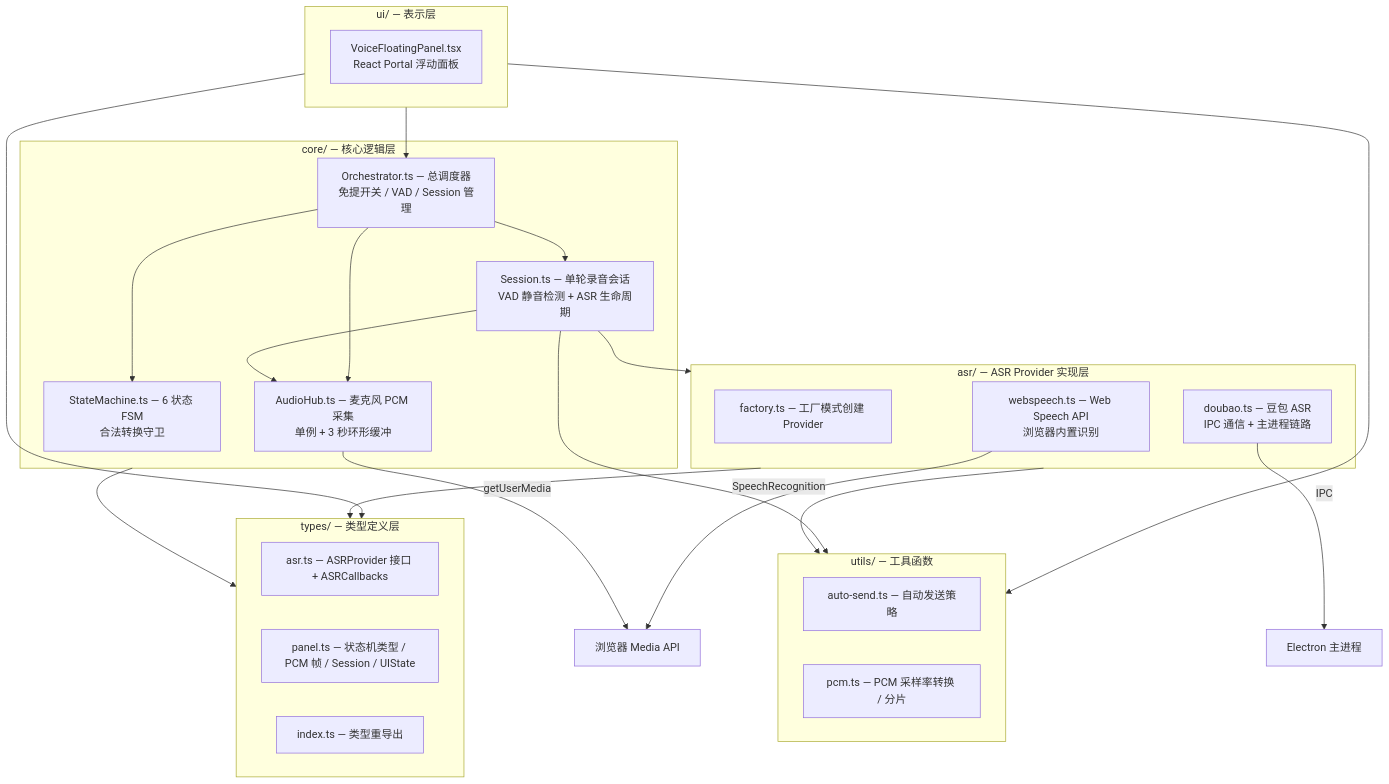
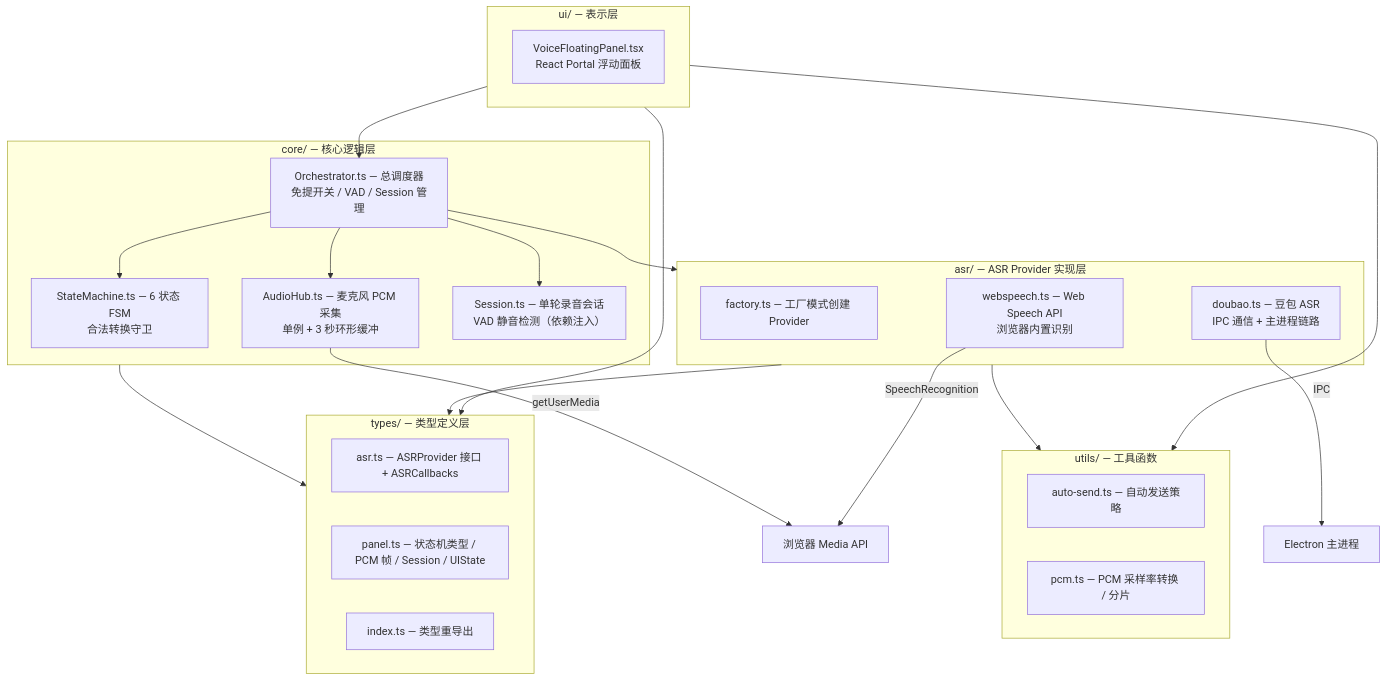
Before and after one commit to yjzaaa/porma_v1: the first of 5 diagrams in apps/electron/src/renderer/components/voice-dictation/CLAUDE.md, drawn with Mermaid. The commit also changed other lines of this file and 2 other files, not shown here.

First line of the commit message:
refactor(voice-dictation): 拆分 Session 对 AudioHub 和 asr/factory 的依赖

````diff
--- a/apps/electron/src/renderer/components/voice-dictation/CLAUDE.md
+++ b/apps/electron/src/renderer/components/voice-dictation/CLAUDE.md
@@ -7,49 +7,47 @@
 ```mermaid
 flowchart TB
     subgraph types["types/ — 类型定义层"]
         asr_t["asr.ts — ASRProvider 接口 + ASRCallbacks"]
         panel_t["panel.ts — 状态机类型 / PCM 帧 / Session / UIState"]
         idx_t["index.ts — 类型重导出"]
     end
 
     subgraph asr["asr/ — ASR Provider 实现层"]
         factory["factory.ts — 工厂模式创建 Provider"]
         webspeech["webspeech.ts — Web Speech API<br/>浏览器内置识别"]
         doubao["doubao.ts — 豆包 ASR<br/>IPC 通信 + 主进程链路"]
     end
 
     subgraph core["core/ — 核心逻辑层"]
         sm["StateMachine.ts — 6 状态 FSM<br/>合法转换守卫"]
         hub["AudioHub.ts — 麦克风 PCM 采集<br/>单例 + 3 秒环形缓冲"]
-        session["Session.ts — 单轮录音会话<br/>VAD 静音检测 + ASR 生命周期"]
+        session["Session.ts — 单轮录音会话<br/>VAD 静音检测（依赖注入）"]
         orch["Orchestrator.ts — 总调度器<br/>免提开关 / VAD / Session 管理"]
     end
 
     subgraph ui["ui/ — 表示层"]
         panel["VoiceFloatingPanel.tsx<br/>React Portal 浮动面板"]
     end
 
     subgraph utils["utils/ — 工具函数"]
         auto["auto-send.ts — 自动发送策略"]
         pcm["pcm.ts — PCM 采样率转换 / 分片"]
     end
 
     %% 依赖关系
     core --> types
     asr --> types
     asr --> utils
-    session --> asr
-    session --> utils
-    session --> hub
     orch --> sm
     orch --> hub
     orch --> session
+    orch --> asr
     ui --> orch
     ui --> types
     ui --> utils
 
     %% 外部依赖
     hub -->|"getUserMedia"| Browser["浏览器 Media API"]
     doubao -->|"IPC"| MainProcess["Electron 主进程"]
     webspeech -->|"SpeechRecognition"| Browser
 ```
````
